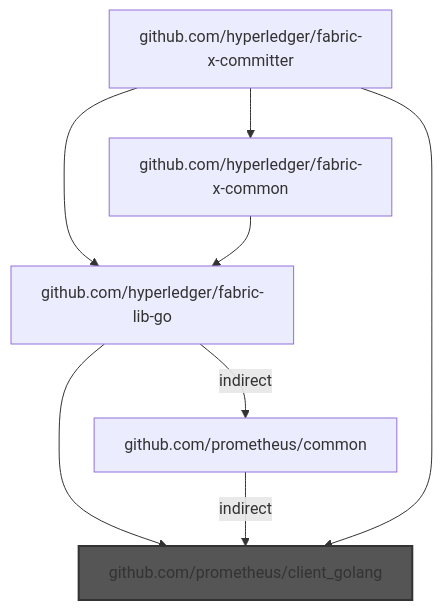
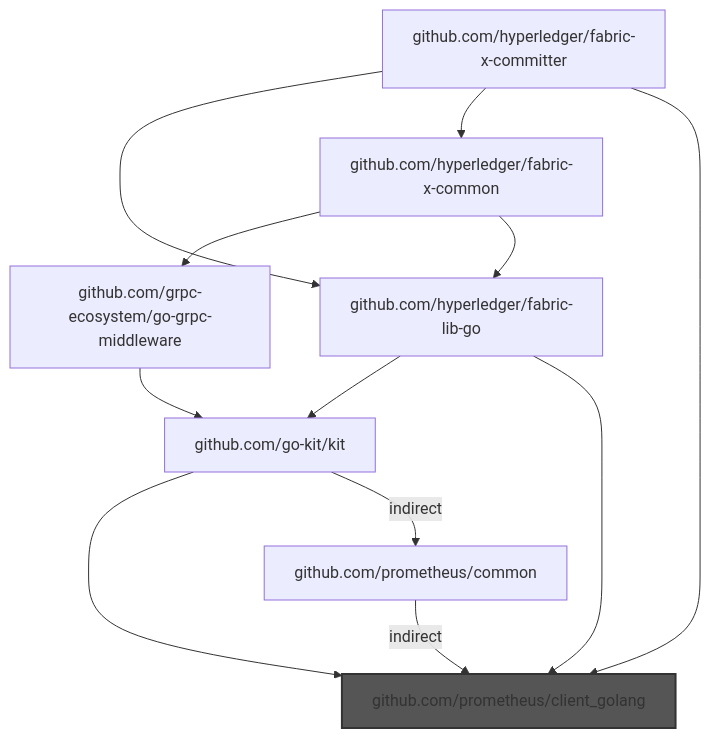
Before and after one commit to liran-funaro/fabric-x-committer: diagram 13 of 18 in bad-imports-analysis.md, drawn with Mermaid. The commit also changed other lines of this file and 2 other files, not shown here.

````diff
--- a/bad-imports-analysis.md
+++ b/bad-imports-analysis.md
@@ -1314,11 +2126,15 @@
 ```mermaid
 graph TD
+    github.com/go-kit/kit --> github.com/prometheus/client_golang
+    github.com/go-kit/kit -->|indirect| github.com/prometheus/common
+    github.com/grpc-ecosystem/go-grpc-middleware --> github.com/go-kit/kit
+    github.com/hyperledger/fabric-lib-go --> github.com/go-kit/kit
     github.com/hyperledger/fabric-lib-go --> github.com/prometheus/client_golang
-    github.com/hyperledger/fabric-lib-go -->|indirect| github.com/prometheus/common
     github.com/hyperledger/fabric-x-committer --> github.com/hyperledger/fabric-lib-go
     github.com/hyperledger/fabric-x-committer --> github.com/hyperledger/fabric-x-common
     github.com/hyperledger/fabric-x-committer --> github.com/prometheus/client_golang
+    github.com/hyperledger/fabric-x-common --> github.com/grpc-ecosystem/go-grpc-middleware
     github.com/hyperledger/fabric-x-common --> github.com/hyperledger/fabric-lib-go
     github.com/prometheus/common -->|indirect| github.com/prometheus/client_golang
     style github.com/prometheus/client_golang fill:#555,stroke:#333,stroke-width:2px
 ```
````
